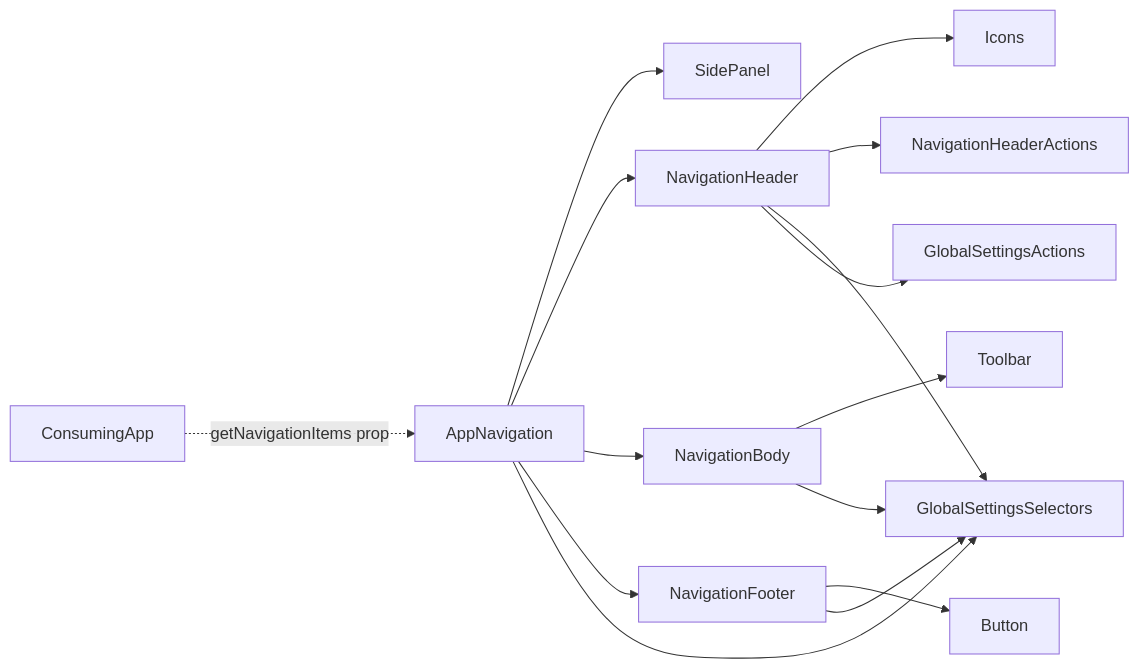
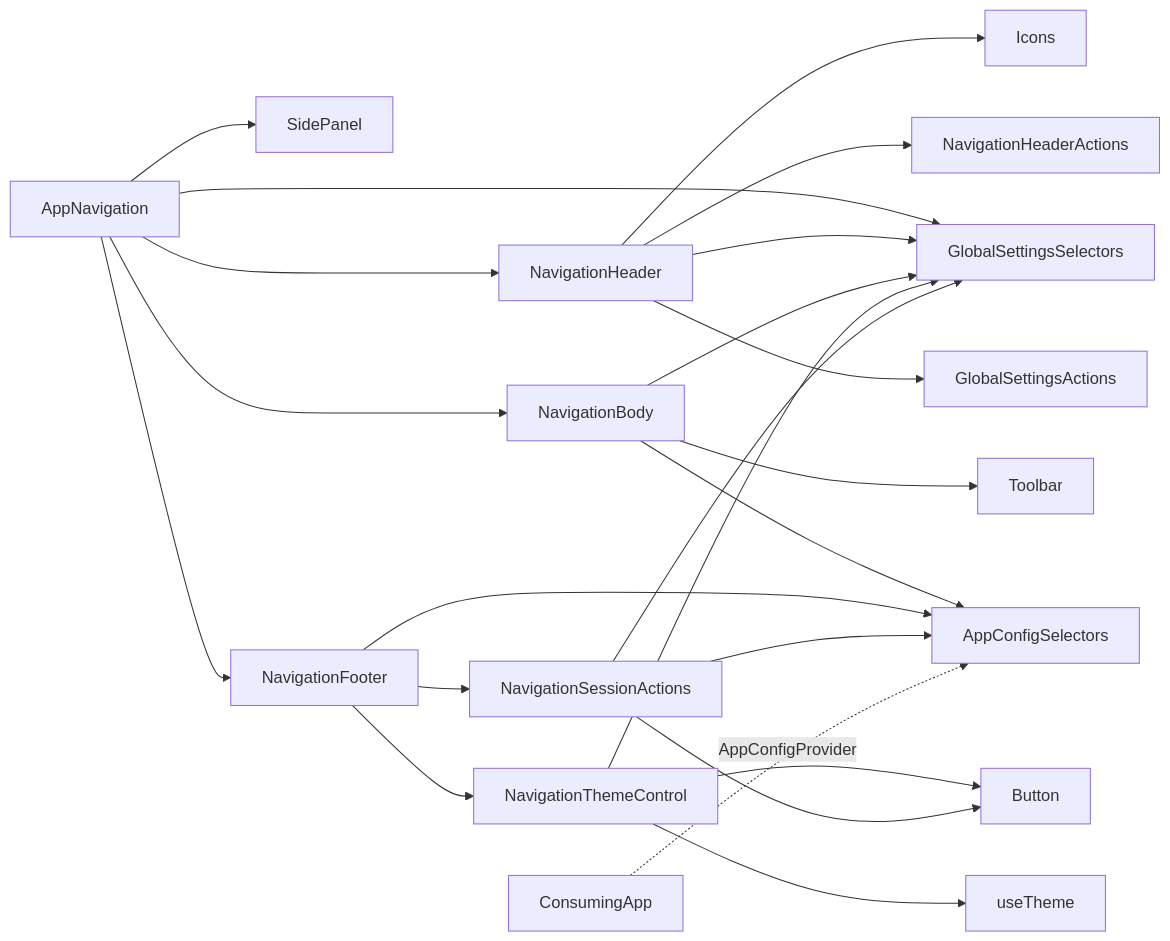
Before and after one commit to luciocabrera/lcabrera-stack: the first of 2 diagrams in packages/ui/src/components/AppNavigation/ARCHITECTURE.md, drawn with Mermaid. The commit also changed other lines of this file and 50 other files, not shown here.

First line of the commit message:
feat(ui)!: own the app root and stop drilling navigation config (#437)

````diff
--- a/packages/ui/src/components/AppNavigation/ARCHITECTURE.md
+++ b/packages/ui/src/components/AppNavigation/ARCHITECTURE.md
@@ -38,21 +37,31 @@
 ```mermaid
 graph LR
   AppNavigation --> SidePanel
   AppNavigation --> NavHeader["NavigationHeader"]
   AppNavigation --> NavBody["NavigationBody"]
   AppNavigation --> NavFooter["NavigationFooter"]
   AppNavigation --> GlobalSettingsSelectors
 
   NavHeader --> Icons
   NavHeader --> NavHeaderActions["NavigationHeaderActions"]
   NavHeader --> GlobalSettingsSelectors
   NavHeader --> GlobalSettingsActions
 
   NavBody --> Toolbar
   NavBody --> GlobalSettingsSelectors
+  NavBody --> AppConfigSelectors
 
-  NavFooter --> Button
-  NavFooter --> GlobalSettingsSelectors
+  NavFooter --> AppConfigSelectors
+  NavFooter --> NavTheme["NavigationThemeControl"]
+  NavFooter --> NavSession["NavigationSessionActions"]
 
-  ConsumingApp -. "getNavigationItems prop" .-> AppNavigation
+  NavTheme --> Button
+  NavTheme --> GlobalSettingsSelectors
+  NavTheme --> useTheme
+
+  NavSession --> Button
+  NavSession --> GlobalSettingsSelectors
+  NavSession --> AppConfigSelectors
+
+  ConsumingApp -. "AppConfigProvider" .-> AppConfigSelectors
 ```
````
